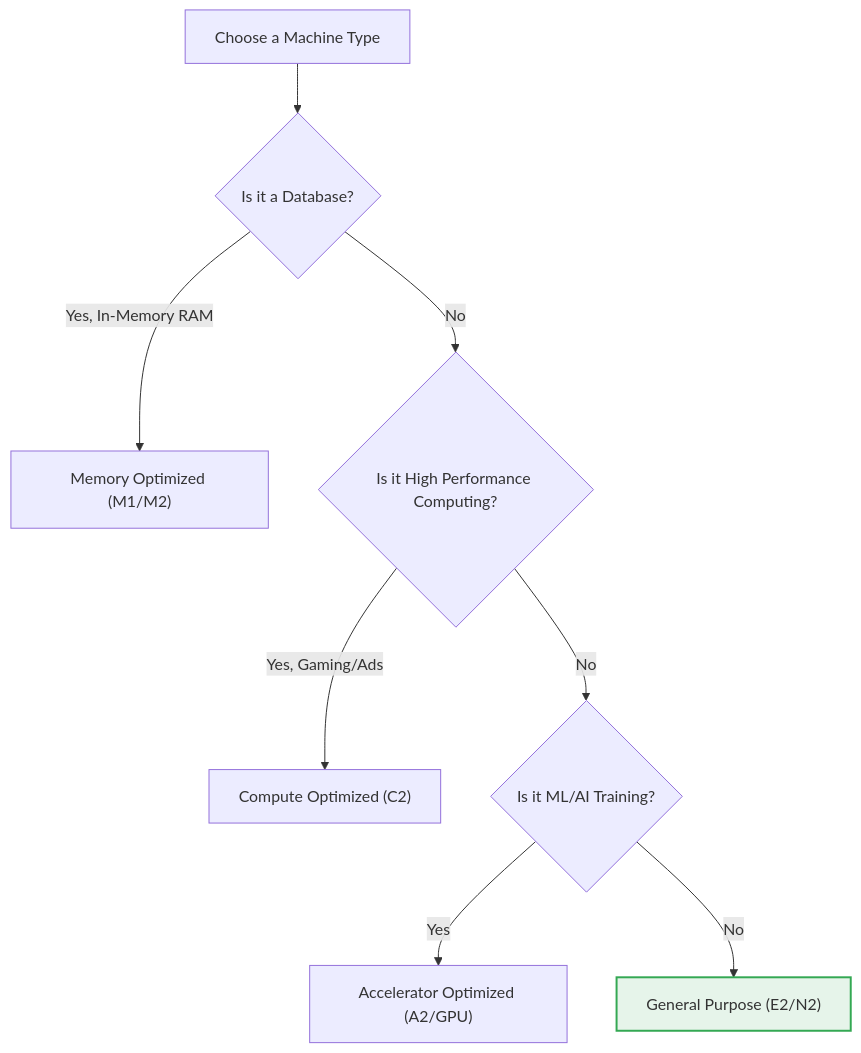
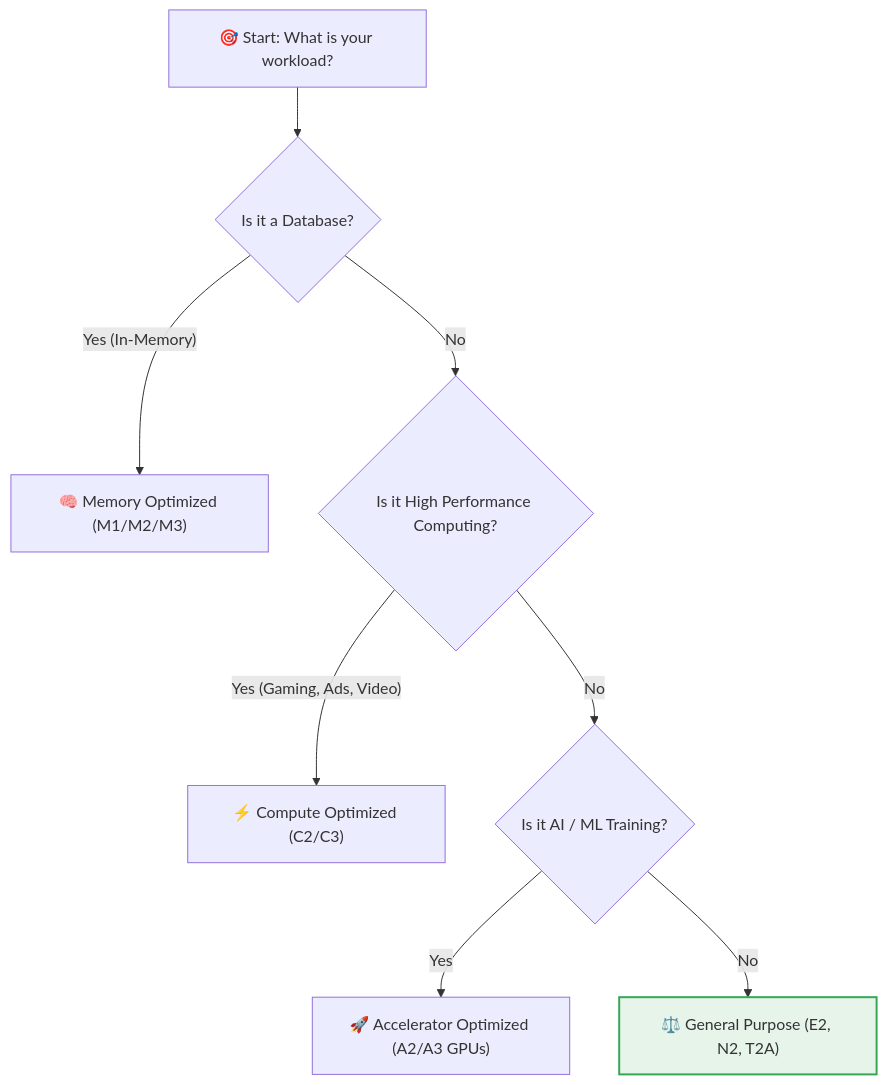
Before and after one commit to jyothivempa/gcp-study-plan: the diagram in curriculum/content/section_4_compute_engine.md, drawn with Mermaid. The commit also changed other lines of this file and 6 other files, not shown here.

````diff
--- a/curriculum/content/section_4_compute_engine.md
+++ b/curriculum/content/section_4_compute_engine.md
@@ -16,12 +23,12 @@
 ```mermaid
 graph TD
-    Start["Choose a Machine Type"] --> Q1{"Is it a Database?"}
-    Q1 -- "Yes, In-Memory RAM" --> M["Memory Optimized (M1/M2)"]
-    Q1 -- No --> Q2{"Is it High Performance Computing?"}
-    Q2 -- "Yes, Gaming/Ads" --> C["Compute Optimized (C2)"]
-    Q2 -- No --> Q3{"Is it ML/AI Training?"}
-    Q3 -- Yes --> A["Accelerator Optimized (A2/GPU)"]
-    Q3 -- No --> E["General Purpose (E2/N2)"]
+    Start["🎯 Start: What is your workload?"] --> Q1{"Is it a Database?"}
+    Q1 -- "Yes (In-Memory)" --> M["🧠 Memory Optimized (M1/M2/M3)"]
+    Q1 -- "No" --> Q2{"Is it High Performance Computing?"}
+    Q2 -- "Yes (Gaming, Ads, Video)" --> C["⚡ Compute Optimized (C2/C3)"]
+    Q2 -- "No" --> Q3{"Is it AI / ML Training?"}
+    Q3 -- "Yes" --> A["🚀 Accelerator Optimized (A2/A3 GPUs)"]
+    Q3 -- "No" --> E["⚖️ General Purpose (E2, N2, T2A)"]
     
     style E fill:#e6f4ea,stroke:#34a853,stroke-width:2px
 ```
````
